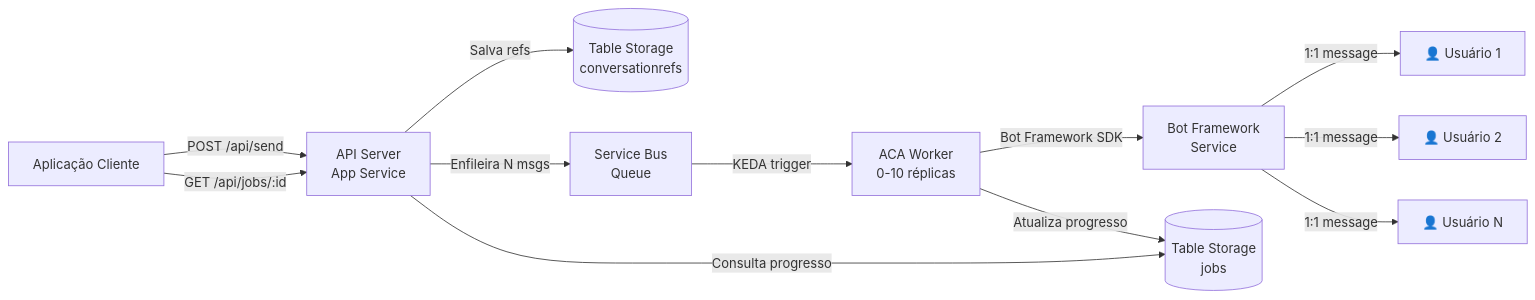
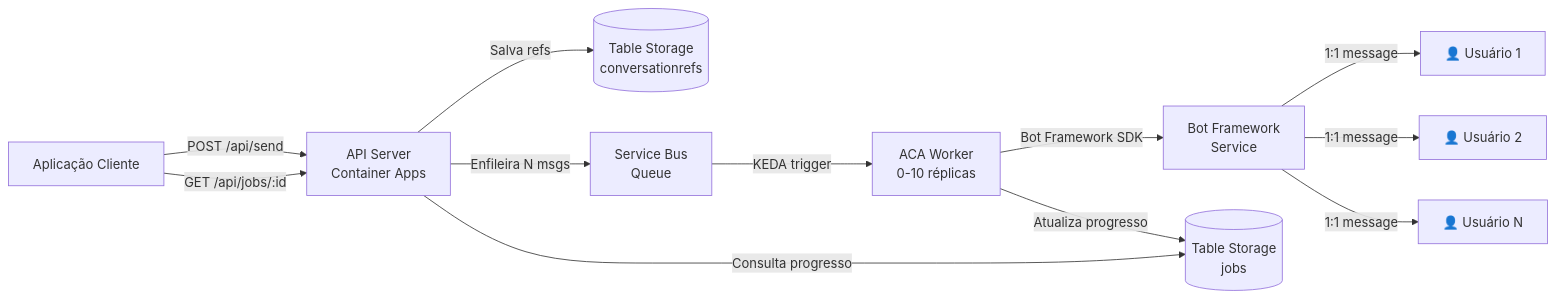
Before and after one commit to EdneiMonteiro/teams_msgs: the first of 6 diagrams in README.md, drawn with Mermaid. The commit also changed other lines of this file and 2 other files, not shown here.

First line of the commit message:
feat: migrate API from App Service to ACA

````diff
--- a/README.md
+++ b/README.md
@@ -68,14 +68,14 @@
 ```mermaid
 graph LR
-    A[Aplicação Cliente] -->|POST /api/send| B[API Server<br/>App Service]
+    A[Aplicação Cliente] -->|POST /api/send| B[API Server<br/>Container Apps]
     B -->|Salva refs| C[(Table Storage<br/>conversationrefs)]
     B -->|Enfileira N msgs| D[Service Bus<br/>Queue]
     D -->|KEDA trigger| E[ACA Worker<br/>0-10 réplicas]
     E -->|Bot Framework SDK| F[Bot Framework<br/>Service]
     F -->|1:1 message| G[👤 Usuário 1]
     F -->|1:1 message| H[👤 Usuário 2]
     F -->|1:1 message| I[👤 Usuário N]
     E -->|Atualiza progresso| J[(Table Storage<br/>jobs)]
     A -->|GET /api/jobs/:id| B
     B -->|Consulta progresso| J
 ```
````
